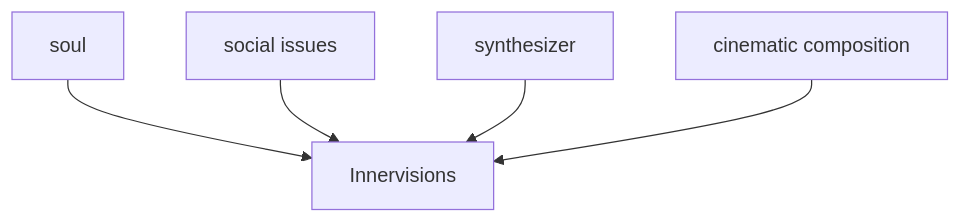
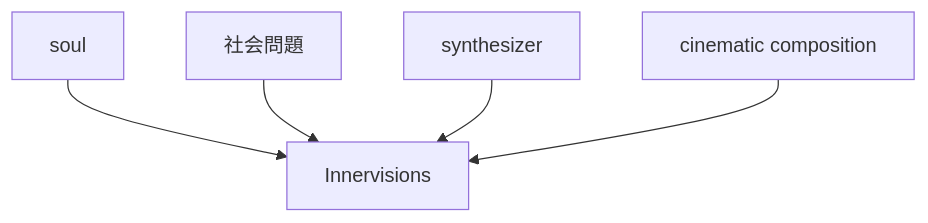
The fourth of 7 diagrams in en/_posts/2026-07-03-column-influential-album-06.md (monumental-movement/monumental-movement.github.io), drawn with Mermaid before and after one commit. The commit also changed other lines of this file and 2196 other files, not shown here.

```diff
--- a/en/_posts/2026-07-03-column-influential-album-06.md
+++ b/en/_posts/2026-07-03-column-influential-album-06.md
@@ -457,14 +457,14 @@
 <div class="mermaid">
 flowchart TD
 A[soul]
-B[social issues]
+B[社会問題]
 C[synthesizer]
 D[cinematic composition]
 E[Innervisions]
 
 A --> E
 B --> E
 C --> E
 D --> E
 
 </div>
```
